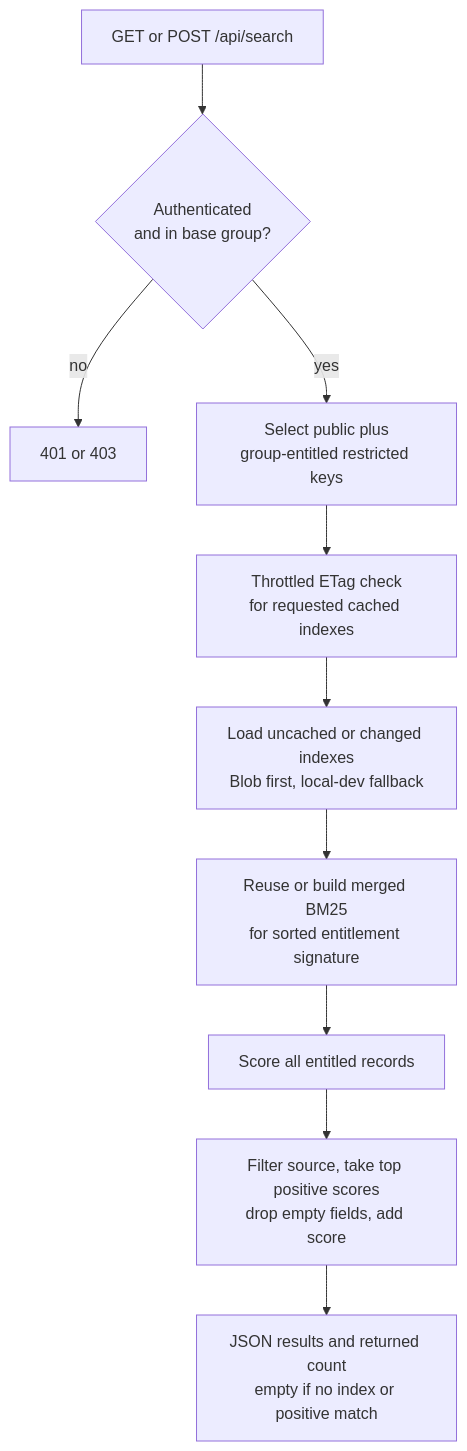
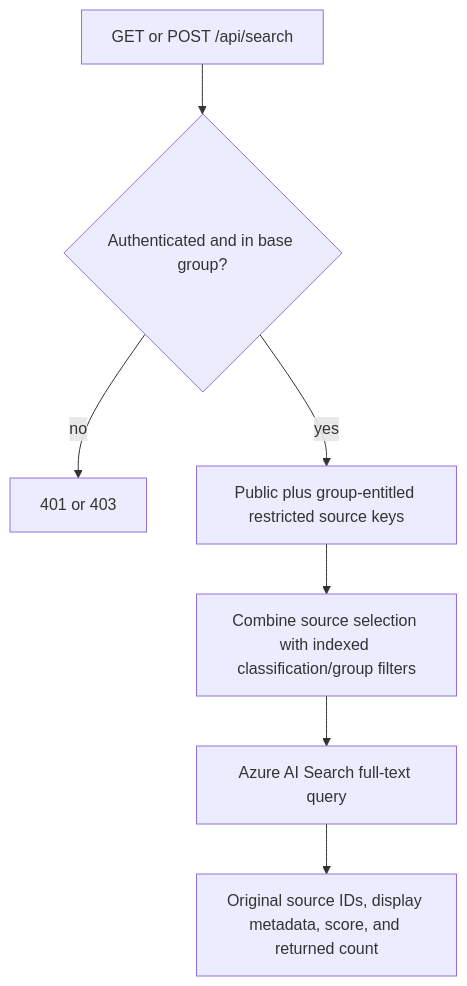
Before and after one commit to SteveCInVA/AllofUs-Agent: the second of 3 diagrams in docs/architecture.md, drawn with Mermaid. The commit also changed other lines of this file and 22 other files, not shown here.

````diff
--- a/docs/architecture.md
+++ b/docs/architecture.md
@@ -86,12 +65,9 @@
 ```mermaid
 flowchart TB
-    Q["GET or POST /api/search"] --> AUTH{"Authenticated<br/>and in base group?"}
+    Q["GET or POST /api/search"] --> AUTH{"Authenticated and in base group?"}
     AUTH -- "no" --> DENY["401 or 403"]
-    AUTH -- "yes" --> KEYS["Select public plus<br/>group-entitled restricted keys"]
-    KEYS --> CHECK["Throttled ETag check<br/>for requested cached indexes"]
-    CHECK --> LOAD["Load uncached or changed indexes<br/>Blob first, local-dev fallback"]
-    LOAD --> MERGE["Reuse or build merged BM25<br/>for sorted entitlement signature"]
-    MERGE --> SCORE["Score all entitled records"]
-    SCORE --> FILTER["Filter source, take top positive scores<br/>drop empty fields, add score"]
-    FILTER --> OUT["JSON results and returned count<br/>empty if no index or positive match"]
+    AUTH -- "yes" --> KEYS["Public plus group-entitled restricted source keys"]
+    KEYS --> FILTER["Combine source selection with indexed classification/group filters"]
+    FILTER --> SRCH["Azure AI Search full-text query"]
+    SRCH --> OUT["Original source IDs, display metadata, score, and returned count"]
 ```
````
